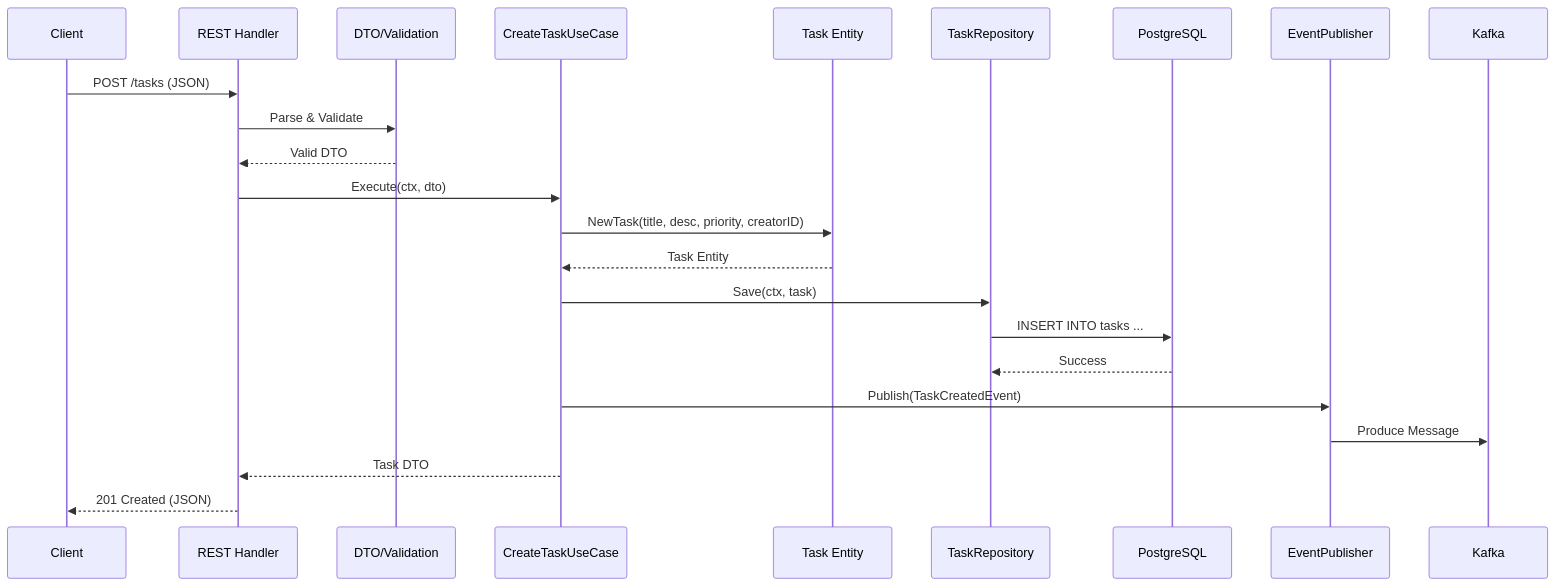
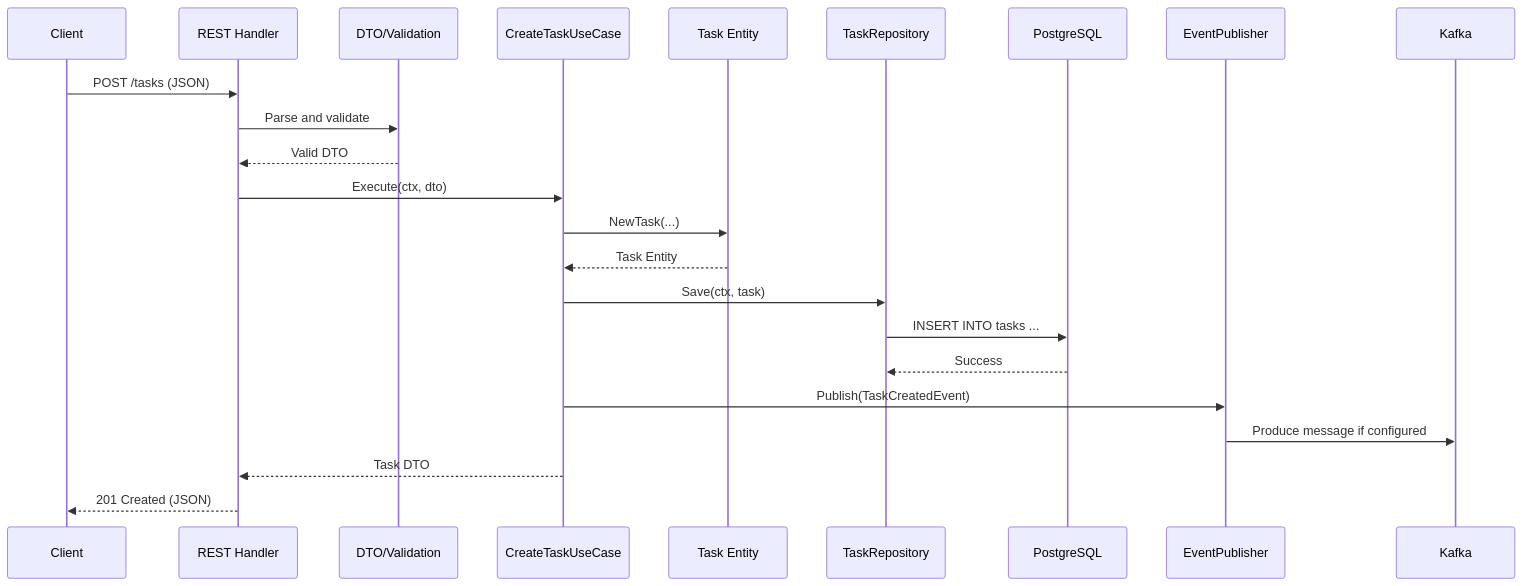
One commit to solipsism413/go-clean-arch-poc changed the fourth of 4 diagrams in README.md. Above: the diagram before and after it, drawn with Mermaid. The commit also changed other lines of this file and 3 other files, not shown here.

````diff
--- a/README.md
+++ b/README.md
@@ -164,26 +175,26 @@
 ```mermaid
 sequenceDiagram
     participant Client
     participant REST as REST Handler
     participant DTO as DTO/Validation
     participant UC as CreateTaskUseCase
     participant Domain as Task Entity
     participant Repo as TaskRepository
     participant DB as PostgreSQL
     participant Event as EventPublisher
     participant Kafka
 
     Client->>REST: POST /tasks (JSON)
-    REST->>DTO: Parse & Validate
+    REST->>DTO: Parse and validate
     DTO-->>REST: Valid DTO
     REST->>UC: Execute(ctx, dto)
-    UC->>Domain: NewTask(title, desc, priority, creatorID)
+    UC->>Domain: NewTask(...)
     Domain-->>UC: Task Entity
     UC->>Repo: Save(ctx, task)
     Repo->>DB: INSERT INTO tasks ...
     DB-->>Repo: Success
     UC->>Event: Publish(TaskCreatedEvent)
-    Event->>Kafka: Produce Message
+    Event->>Kafka: Produce message if configured
     UC-->>REST: Task DTO
     REST-->>Client: 201 Created (JSON)
 ```
````
